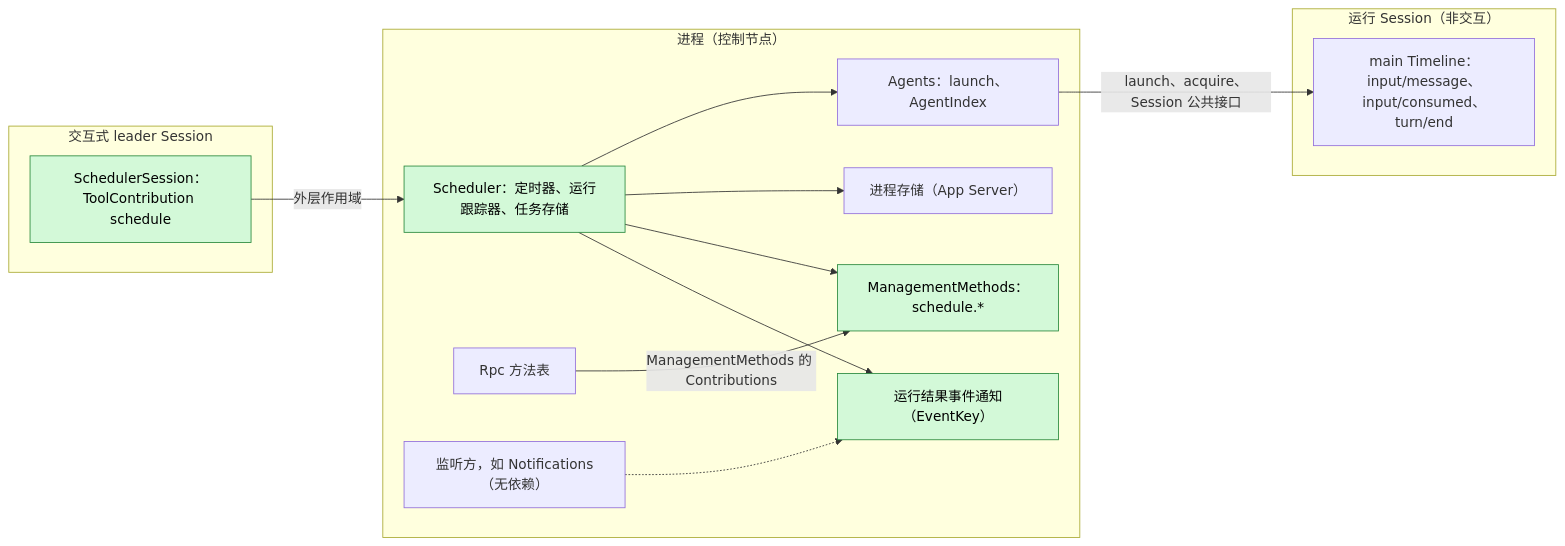
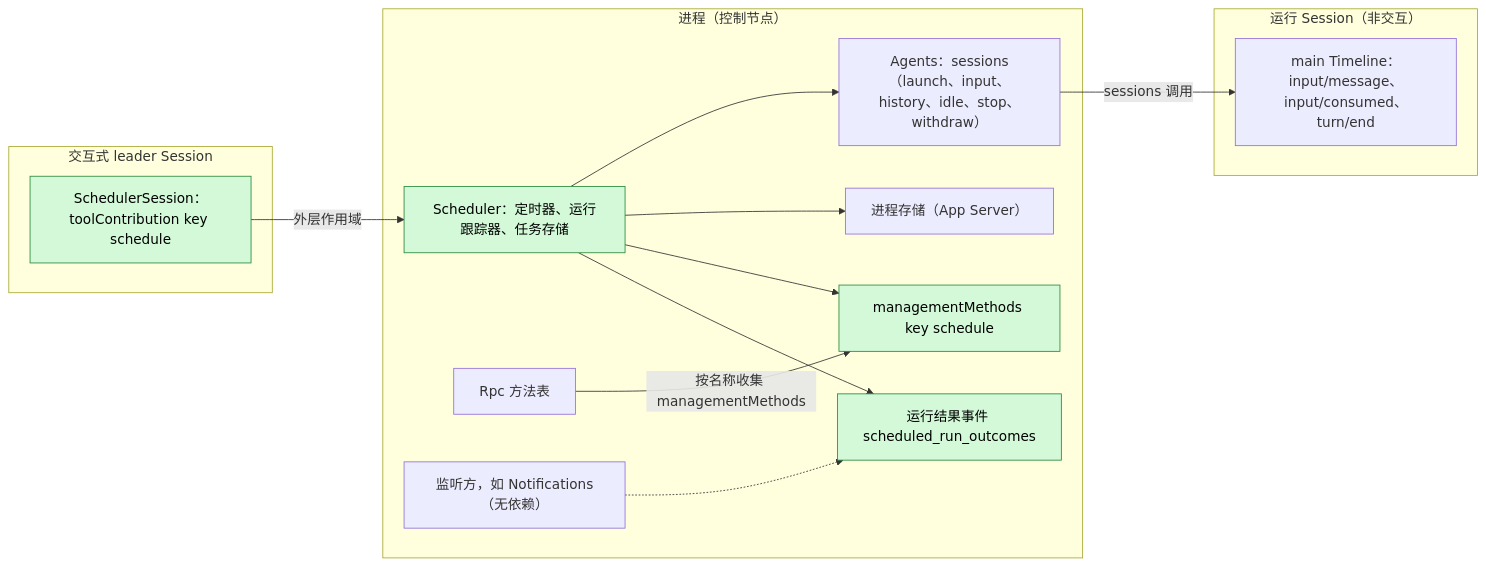
One commit to CoutinhoTTS/dim-agent changed the first of 6 diagrams in docs/zh/design/plugins/Scheduler.md. Above: the diagram before and after it, drawn with Mermaid. The commit also changed other lines of this file and 18 other files, not shown here.

````diff
--- a/docs/zh/design/plugins/Scheduler.md
+++ b/docs/zh/design/plugins/Scheduler.md
@@ -9,28 +9,28 @@
 ```mermaid
 flowchart LR
   subgraph PROC["进程（控制节点）"]
     Sched["Scheduler：定时器、运行跟踪器、任务存储"]
-    MM["ManagementMethods：schedule.*"]
-    Out["运行结果事件通知（EventKey）"]
-    Agents["Agents：launch、AgentIndex"]
+    MM["managementMethods key schedule"]
+    Out["运行结果事件 scheduled_run_outcomes"]
+    Agents["Agents：sessions（launch、input、history、idle、stop、withdraw）"]
     Rpc["Rpc 方法表"]
     Store["进程存储（App Server）"]
     Listen["监听方，如 Notifications（无依赖）"]
   end
   subgraph SESS["交互式 leader Session"]
-    Tool["SchedulerSession：ToolContribution schedule"]
+    Tool["SchedulerSession：toolContribution key schedule"]
   end
   subgraph RUN["运行 Session（非交互）"]
     TL["main Timeline：input/message、input/consumed、turn/end"]
   end
   Tool -->|"外层作用域"| Sched
   Sched --> Agents
   Sched --> Store
   Sched --> MM
-  Rpc -->|"ManagementMethods 的 Contributions"| MM
-  Agents -->|"launch、acquire、Session 公共接口"| TL
+  Rpc -->|"按名称收集 managementMethods"| MM
+  Agents -->|"sessions 调用"| TL
   Sched --> Out
   Listen -.-> Out
   classDef new fill:#d3f9d8,stroke:#2b8a3e,color:#000
   class Sched,MM,Out,Tool new
 ```
````
